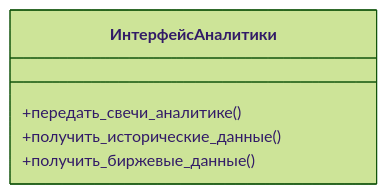
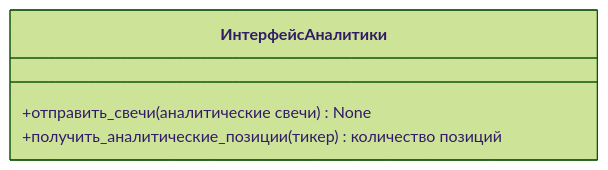
One commit to Marat22/MiriadRobotDocs changed the ninth of 12 diagrams in controller-logic.md. Above: the diagram before and after it, drawn with Mermaid (forest theme). The commit also changed other lines of this file, not shown here.

````diff
--- a/controller-logic.md
+++ b/controller-logic.md
@@ -201,8 +202,8 @@
 ```mermaid
 classDiagram
   class ИнтерфейсАналитики{
-    +передать_свечи_аналитике()
-    +получить_исторические_данные()
-    +получить_биржевые_данные()
+    +отправить_свечи(аналитические свечи) None
+    +получить_аналитические_позиции(тикер) количество позиций
   }
+
 ```
````
